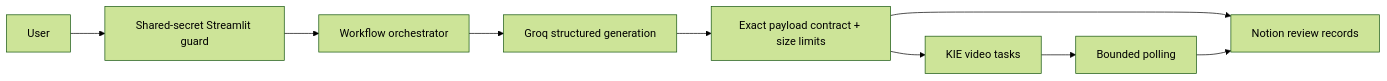
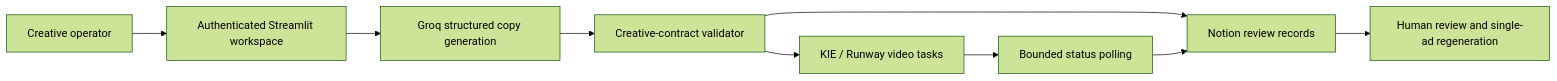
The diagram in README.md (KarthikRamesh9149/AI-Powered-Creative-Ads-System), drawn with Mermaid (forest theme) before and after one commit. The commit also changed other lines of this file, not shown here.

Commit message:
docs: sharpen creative ads product narrative

````diff
--- a/README.md
+++ b/README.md
@@ -11,11 +28,11 @@
 ```mermaid
 flowchart LR
-  User --> Auth[Shared-secret Streamlit guard]
-  Auth --> App[Workflow orchestrator]
-  App --> Groq[Groq structured generation]
-  Groq --> Validate[Exact payload contract + size limits]
-  Validate --> Notion[Notion review records]
-  Validate --> KIE[KIE video tasks]
-  KIE --> Poll[Bounded polling]
-  Poll --> Notion
+  A[Creative operator] --> B[Authenticated Streamlit workspace]
+  B --> C[Groq structured copy generation]
+  C --> D[Creative-contract validator]
+  D --> E[Notion review records]
+  D --> F[KIE / Runway video tasks]
+  F --> G[Bounded status polling]
+  G --> E
+  E --> H[Human review and single-ad regeneration]
 ```
````
